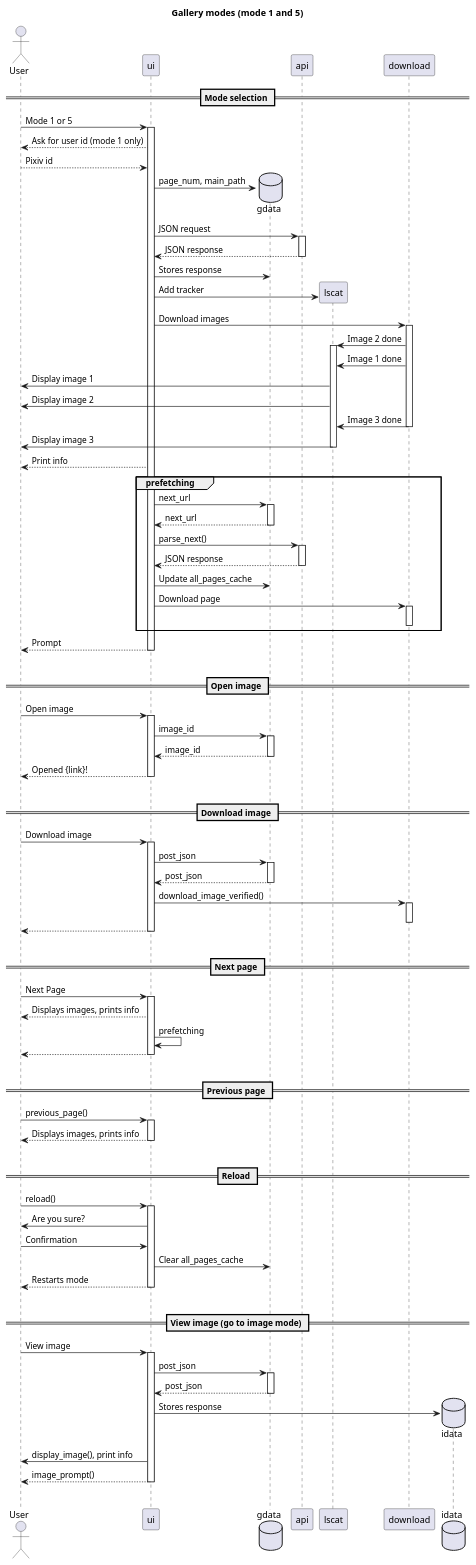
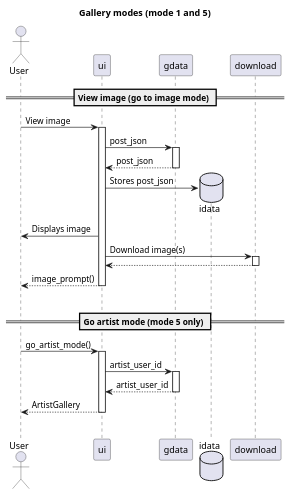
One commit to akazukin5151/koneko changed the diagram in puml/gallery.puml. Above: the diagram before and after it, drawn with PlantUML. The commit also changed 3 other files, not shown here.

```diff
--- a/puml/gallery.puml
+++ b/puml/gallery.puml
@@ -1,91 +1,27 @@
 @startuml
 title Gallery modes (mode 1 and 5)
 
 actor User
-
-== Mode selection ==
-User -> ui ++: Mode 1 or 5
-ui --> User: Ask for user id (mode 1 only)
-User --> ui: Pixiv id
-database gdata
-create gdata
-ui -> gdata: page_num, main_path
-ui -> api ++: JSON request
-return JSON response
-ui -> gdata: Stores response
-create lscat
-ui -> lscat: Add tracker
-ui -> download: Download images
-activate download
-download -> lscat ++: Image 2 done
-download -> lscat: Image 1 done
-lscat -> User: Display image 1
-lscat -> User: Display image 2
-download -> lscat: Image 3 done
-deactivate download
-lscat -> User: Display image 3
-deactivate lscat
-ui --> User: Print info
-group prefetching
-    ui -> gdata ++: next_url
-    return next_url
-    ui -> api ++: parse_next()
-    return JSON response
-    ui -> gdata: Update all_pages_cache
-    ui -> download: Download page
-    activate download
-    deactivate download
-end
-return Prompt
-|||
-
-== Open image ==
-User -> ui ++: Open image
-ui -> gdata ++: image_id
-return image_id
-return Opened {link}!
-|||
-
-== Download image ==
-User -> ui ++: Download image
-ui -> gdata ++: post_json
-return post_json
-ui -> download: download_image_verified()
-activate download
-deactivate download
-return
-|||
-
-== Next page ==
-User -> ui ++: Next Page
-ui --> User: Displays images, prints info
-ui -> ui: prefetching
-return
-|||
-
-== Previous page ==
-User -> ui ++: previous_page()
-return Displays images, prints info
-|||
-
-== Reload ==
-User -> ui ++: reload()
-ui -> User: Are you sure?
-User -> ui: Confirmation
-ui -> gdata: Clear all_pages_cache
-return Restarts mode
-|||
 
 == View image (go to image mode) ==
 User -> ui ++: View image
 ui -> gdata ++: post_json
 return post_json
 database idata
 create idata
-ui -> idata: Stores response
-ui -> User: display_image(), print info
+ui -> idata: Stores post_json
+ui -> User: Displays image
+ui -> download ++: Download image(s)
+return
 return image_prompt()
 |||
 
 
+== Go artist mode (mode 5 only) ==
+User -> ui ++: go_artist_mode()
+ui -> gdata ++: artist_user_id
+return artist_user_id
+return ArtistGallery
+|||
+
 @enduml
```
